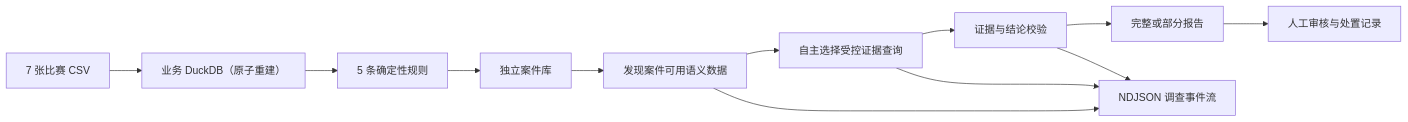
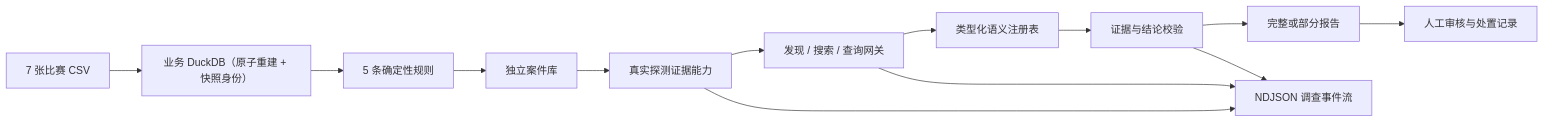
The diagram in docs/technical-solution.md (XiLongChong/ict-agent), drawn with Mermaid before and after one commit. The commit also changed other lines of this file and 25 other files, not shown here.

````diff
--- a/docs/technical-solution.md
+++ b/docs/technical-solution.md
@@ -9,14 +9,15 @@
 ```mermaid
 flowchart LR
-    CSV["7 张比赛 CSV"] --> DB["业务 DuckDB（原子重建）"]
+    CSV["7 张比赛 CSV"] --> DB["业务 DuckDB（原子重建 + 快照身份）"]
     DB --> RULE["5 条确定性规则"]
     RULE --> CASE["独立案件库"]
-    CASE --> CATALOG["发现案件可用语义数据"]
-    CATALOG --> TOOLS["自主选择受控证据查询"]
+    CASE --> CATALOG["真实探测证据能力"]
+    CATALOG --> GATEWAY["发现 / 搜索 / 查询网关"]
+    GATEWAY --> TOOLS["类型化语义注册表"]
     TOOLS --> VALIDATE["证据与结论校验"]
     VALIDATE --> REPORT["完整或部分报告"]
     REPORT --> REVIEW["人工审核与处置记录"]
     CATALOG --> STREAM["NDJSON 调查事件流"]
-    TOOLS --> STREAM
+    GATEWAY --> STREAM
     VALIDATE --> STREAM
 ```
````
